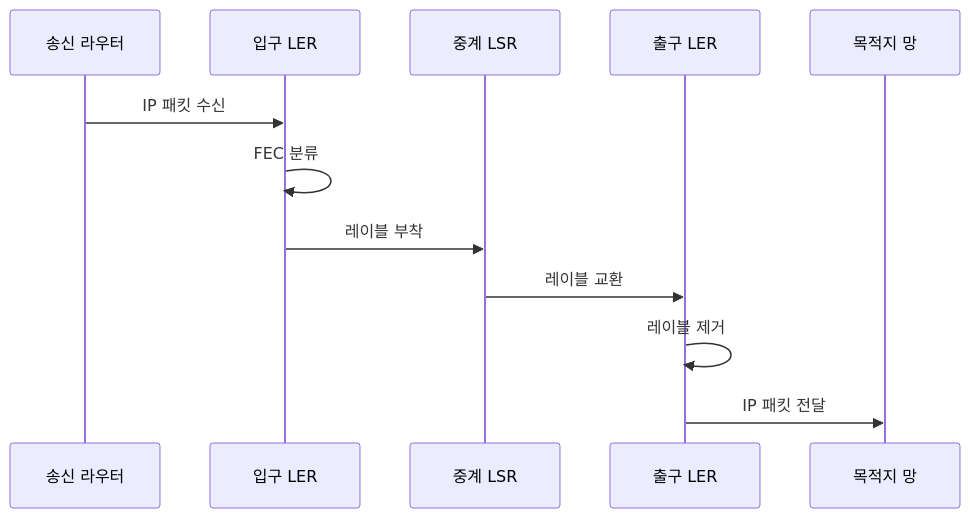
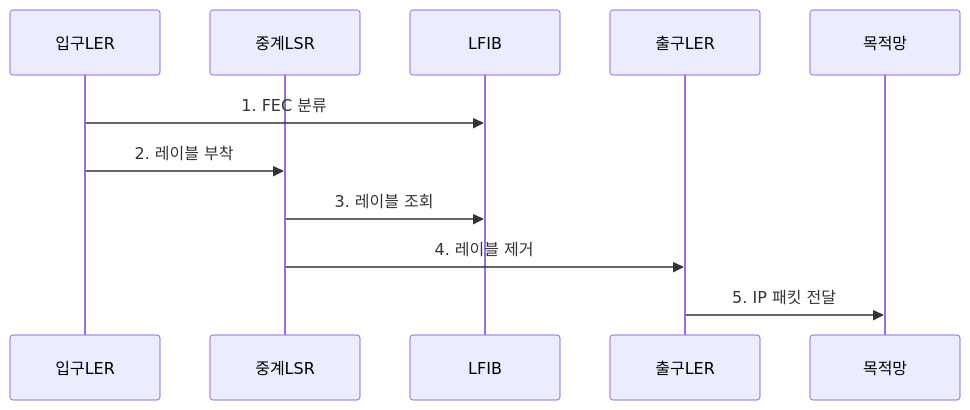
Before and after one commit to agnusdei1207/knowledge-base: the second of 2 diagrams in src/content/docs/notes/04-network/013_mpls_label_switching.md, drawn with Mermaid. The commit also changed other lines of this file and 20 other files, not shown here.

````diff
--- a/src/content/docs/notes/04-network/013_mpls_label_switching.md
+++ b/src/content/docs/notes/04-network/013_mpls_label_switching.md
@@ -85,14 +87,13 @@
 ```mermaid
 sequenceDiagram
-    participant S as 송신 라우터
-    participant I as 입구 LER
-    participant T as 중계 LSR
-    participant E as 출구 LER
-    participant D as 목적지 망
-    S->>I: IP 패킷 수신
-    I->>I: FEC 분류
-    I->>T: 레이블 부착
-    T->>E: 레이블 교환
-    E->>E: 레이블 제거
-    E->>D: IP 패킷 전달
+    participant 입구LER
+    participant 중계LSR
+    participant LFIB
+    participant 출구LER
+    participant 목적망
+    입구LER->>LFIB: 1. FEC 분류
+    입구LER->>중계LSR: 2. 레이블 부착
+    중계LSR->>LFIB: 3. 레이블 조회
+    중계LSR->>출구LER: 4. 레이블 제거
+    출구LER->>목적망: 5. IP 패킷 전달
 ```
````
